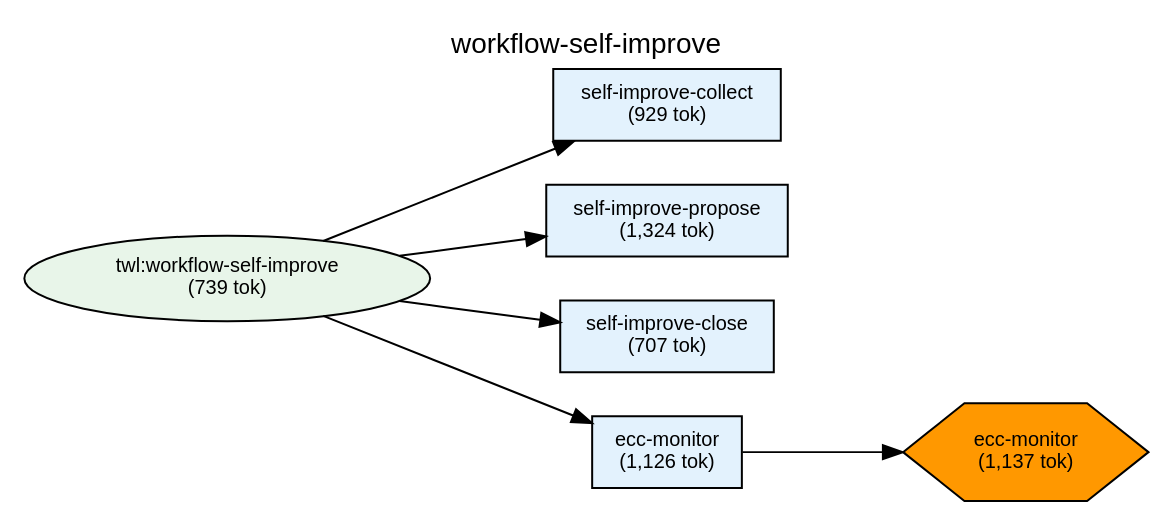
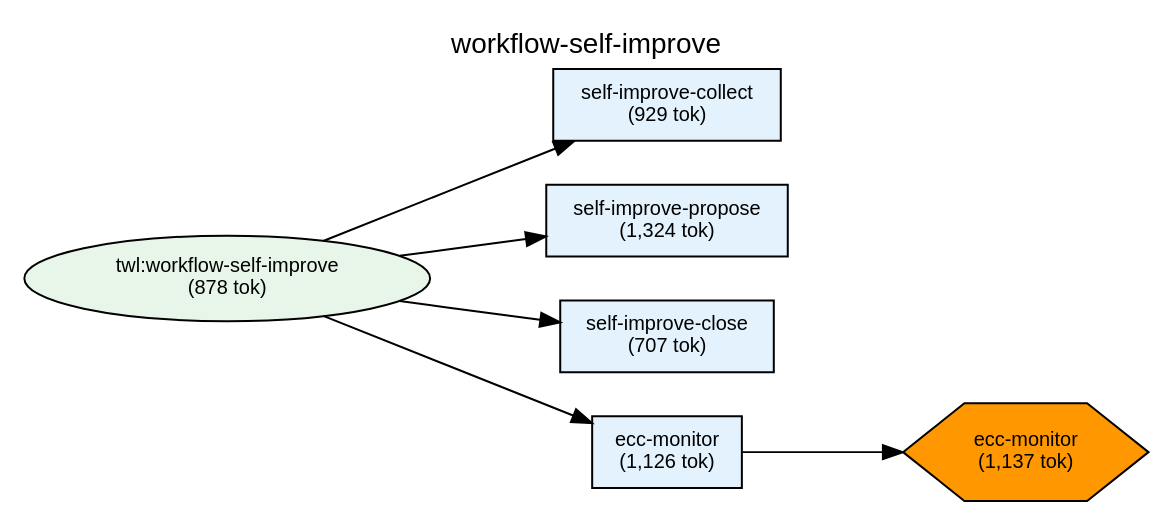
One commit to shuu5/twill changed the diagram in plugins/twl/docs/deps-workflow-self-improve.dot. Above: the diagram before and after it, drawn with Graphviz. The commit also changed 12 other files, not shown here.

First line of the commit message:
feat(twl): co-self-improve controller スケルトン追加 (#174)

```diff
--- a/plugins/twl/docs/deps-workflow-self-improve.dot
+++ b/plugins/twl/docs/deps-workflow-self-improve.dot
@@ -1,54 +1,54 @@
 digraph Dependencies {
     // Graph settings
     rankdir=LR;
     ranksep=0.8;
     nodesep=0.3;
     fontname="Helvetica";
     node [fontname="Helvetica", fontsize=10];
     edge [fontname="Helvetica", fontsize=9];
     label="workflow-self-improve";
     labelloc=t;
     fontsize=14;
 
     // L0: Controller Skills
 
     // L0: Launchers
 
     // L0.5: Workflow Skills
-    skill_workflow_self_improve [label="twl:workflow-self-improve\n(739 tok)", shape=ellipse, style=filled, fillcolor="#e8f5e9"];
+    skill_workflow_self_improve [label="twl:workflow-self-improve\n(878 tok)", shape=ellipse, style=filled, fillcolor="#e8f5e9"];
 
     // Reference Skills
 
     // L1: Direct Commands
     cmd_self_improve_collect [label="self-improve-collect\n(929 tok)", shape=box, style=filled, fillcolor="#e3f2fd"];
     cmd_self_improve_propose [label="self-improve-propose\n(1,324 tok)", shape=box, style=filled, fillcolor="#e3f2fd"];
     cmd_self_improve_close [label="self-improve-close\n(707 tok)", shape=box, style=filled, fillcolor="#e3f2fd"];
     cmd_ecc_monitor [label="ecc-monitor\n(1,126 tok)", shape=box, style=filled, fillcolor="#e3f2fd"];
 
     // L2: Sub Commands
 
     // L3: Agents
 
     // L3.5: Scripts
     script_ecc_monitor [label="ecc-monitor\n(1,137 tok)", shape=hexagon, style=filled, fillcolor="#FF9800"];
 
     // L4: External
 
     // Layer constraints
     { rank=same; skill_workflow_self_improve; }
     { rank=same; cmd_self_improve_collect; cmd_self_improve_propose; cmd_self_improve_close; cmd_ecc_monitor; }
     { rank=same; script_ecc_monitor; }
 
     // Edges
     skill_workflow_self_improve -> cmd_self_improve_collect;
     skill_workflow_self_improve -> cmd_self_improve_propose;
     skill_workflow_self_improve -> cmd_self_improve_close;
     skill_workflow_self_improve -> cmd_ecc_monitor;
     cmd_ecc_monitor -> script_ecc_monitor;
 
     // Ordering constraints (invisible edges)
     cmd_self_improve_collect -> cmd_self_improve_propose [style=invis, weight=10];
     cmd_self_improve_propose -> cmd_self_improve_close [style=invis, weight=10];
     cmd_self_improve_close -> cmd_ecc_monitor [style=invis, weight=10];
 
 }
```
